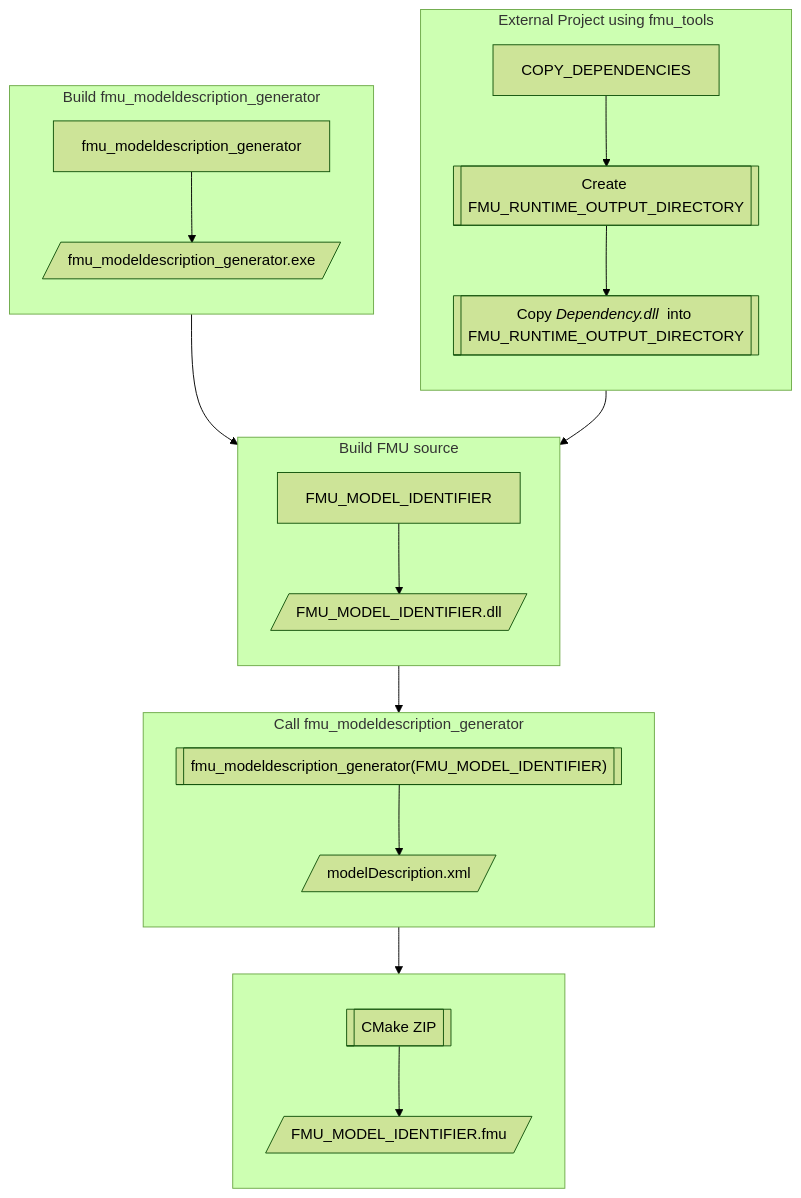
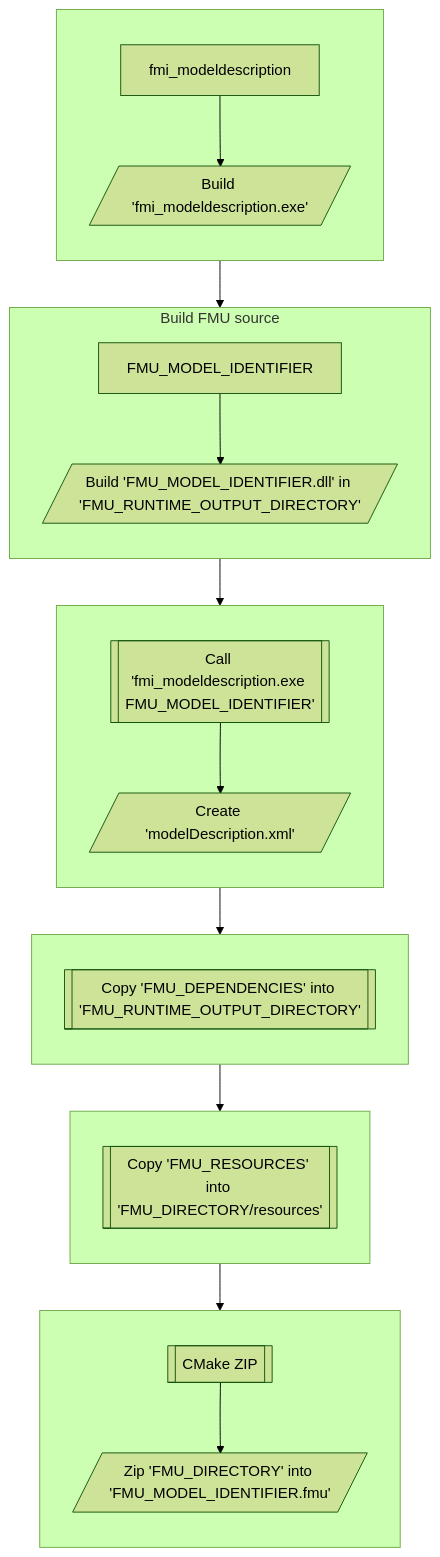
Before and after one commit to DigitalDynamicsLab/fmu_tools: the second of 3 diagrams in README.md, drawn with Mermaid (forest theme). The commit also changed other lines of this file and 1 other file, not shown here.

Commit message:
Updated build flow diagram

````diff
--- a/README.md
+++ b/README.md
@@ -151,28 +151,32 @@
 ```mermaid
 flowchart TB
-    subgraph DEPENDENCIES_target[External Project using fmu_tools]
-    direction TB
-    DEPENDENT_LIB["COPY_DEPENDENCIES"]-->CREATE_DIR[["Create FMU_RUNTIME_OUTPUT_DIRECTORY"]]
-    CREATE_DIR-->COPY_LIB[["`Copy _Dependency.dll_  into FMU_RUNTIME_OUTPUT_DIRECTORY`"]]
-    end
     subgraph FMU_MODEL_IDENTIFIER_target[Build FMU source]
     direction TB
-    FMU_MODEL_IDENTIFIER-->FMU_MI_OUTPUT[/"FMU_MODEL_IDENTIFIER.dll"/]
+    FMU_MODEL_IDENTIFIER-->FMU_MI_OUTPUT[/"Build 'FMU_MODEL_IDENTIFIER.dll' in 'FMU_RUNTIME_OUTPUT_DIRECTORY'"/]
     end
-    subgraph modelDescGenBuild[Build fmu_modeldescription_generator]
+    subgraph modelDescGenBuild[ ]
     direction TB
-    fmu_modeldescription_generator_build["fmu_modeldescription_generator"]-->fmu_modeldescription_generator_output[/"fmu_modeldescription_generator.exe"/]
+    fmi_modeldescription_build["fmi_modeldescription"]-->fmi_modeldescription_output[/"Build 'fmi_modeldescription.exe'"/]
     end
-    subgraph modelDescription[Call fmu_modeldescription_generator]
+    subgraph modelDescription[ ]
     direction TB
-    fmu_modeldescription_generator[["`fmu_modeldescription_generator(FMU_MODEL_IDENTIFIER)`"]]-->MODEL_DESCRIPTION[/"modelDescription.xml"/]
+    fmi_modeldescription[["`Call 'fmi_modeldescription.exe FMU_MODEL_IDENTIFIER'`"]]-->MODEL_DESCRIPTION[/"Create 'modelDescription.xml'"/]
+    end
+    subgraph dependenciesCopy[ ]
+    direction TB
+    dependencies_copy[["Copy 'FMU_DEPENDENCIES' into 'FMU_RUNTIME_OUTPUT_DIRECTORY'"]]
+    end
+    subgraph resourcesFolder[ ]
+    direction TB
+    resources_folder[["Copy 'FMU_RESOURCES' into 'FMU_DIRECTORY/resources'"]]
     end
     subgraph zip_procedure[ ]
     direction TB
-    ZIP[["CMake ZIP"]]-->FMU_MODEL_IDENTIFIER_ZIP[/"FMU_MODEL_IDENTIFIER.fmu"/]
+    ZIP[["CMake ZIP"]]-->FMU_MODEL_IDENTIFIER_ZIP[/"Zip 'FMU_DIRECTORY' into 'FMU_MODEL_IDENTIFIER.fmu'"/]
     end
-    MODEL_DESCRIPTION --> ZIP
-    COPY_LIB --> FMU_MODEL_IDENTIFIER
-    fmu_modeldescription_generator_output --> FMU_MODEL_IDENTIFIER
-    FMU_MI_OUTPUT --> fmu_modeldescription_generator
+    MODEL_DESCRIPTION -->dependenciesCopy
+    dependenciesCopy --> resourcesFolder
+    resourcesFolder --> ZIP
+    fmi_modeldescription_output --> FMU_MODEL_IDENTIFIER
+    FMU_MI_OUTPUT --> fmi_modeldescription
 ```
````
